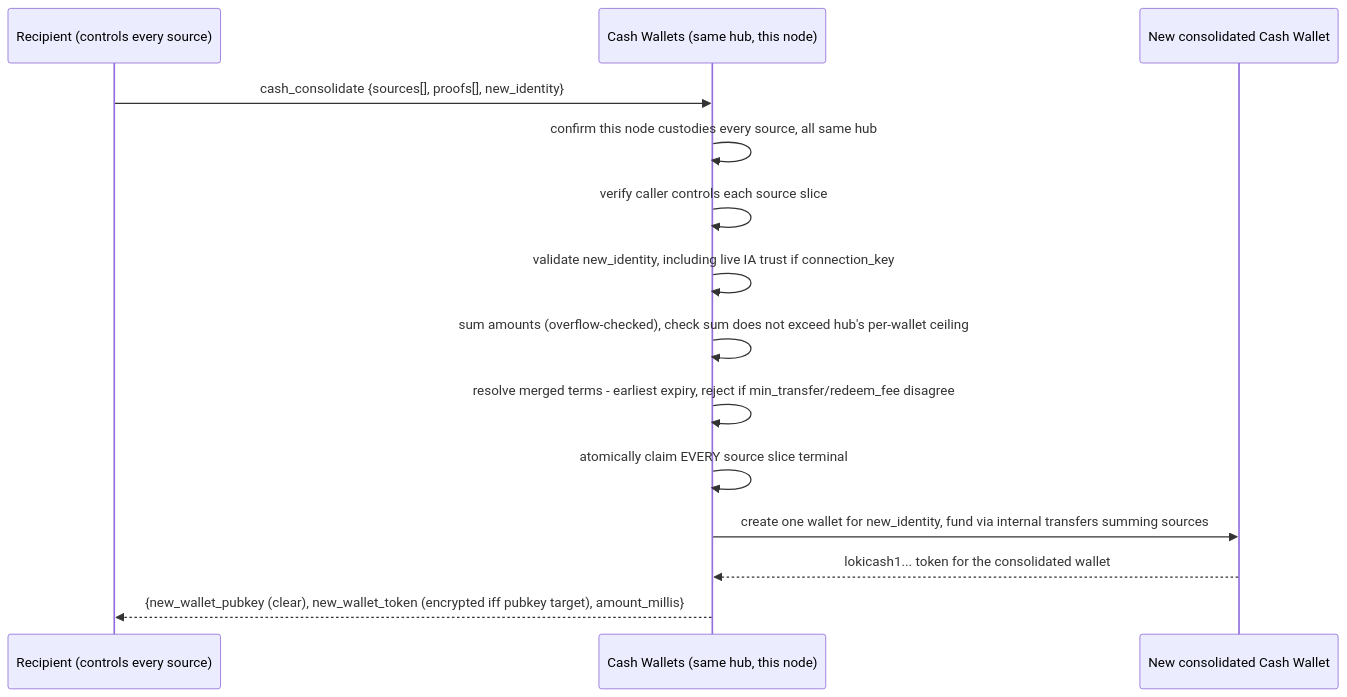
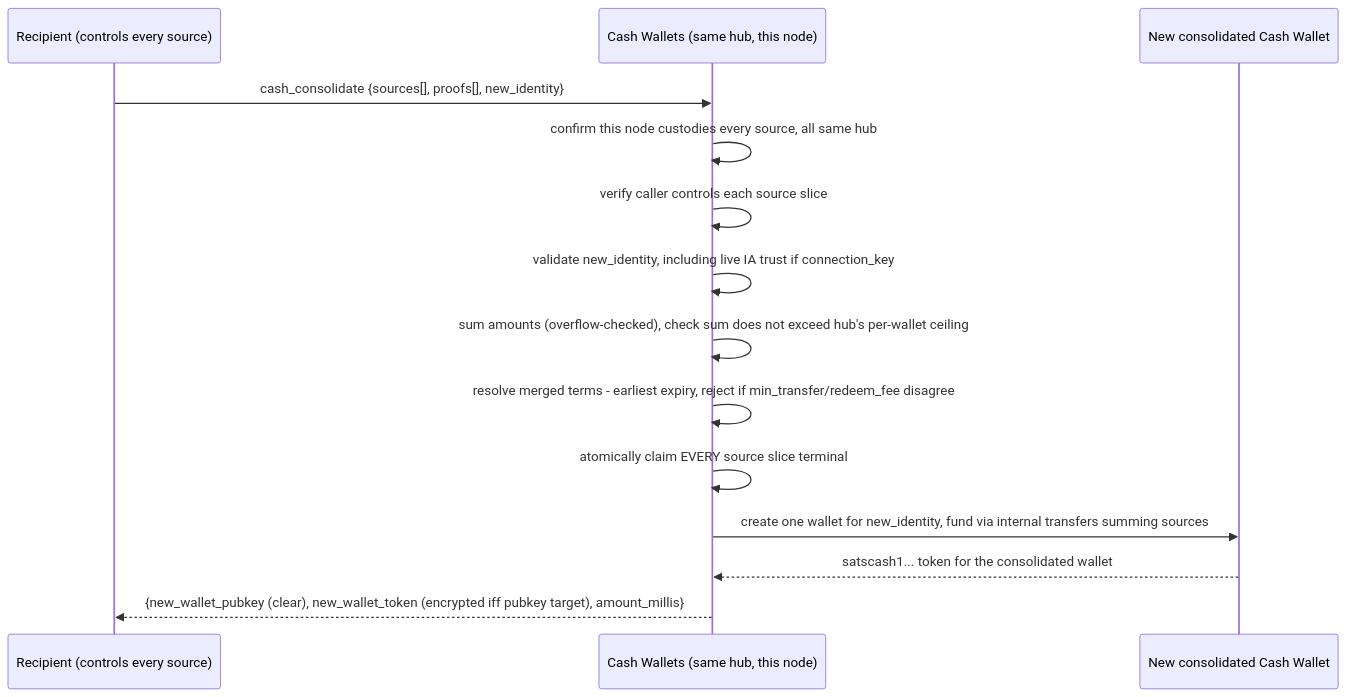
The sixth of 8 diagrams in NIP-CASH.md (ohstr/nips), drawn with Mermaid before and after one commit. The commit also changed other lines of this file, not shown here.

Commit message:
docs(nip-cash): note other signing prefixes, use satscash in touched examples (#31)

````diff
--- a/NIP-CASH.md
+++ b/NIP-CASH.md
@@ -1090,17 +1090,17 @@
 ```mermaid
 sequenceDiagram
     participant Caller as Recipient (controls every source)
     participant Node as Cash Wallets (same hub, this node)
     participant New as New consolidated Cash Wallet
 
     Caller->>Node: cash_consolidate {sources[], proofs[], new_identity}
     Node->>Node: confirm this node custodies every source, all same hub
     Node->>Node: verify caller controls each source slice
     Node->>Node: validate new_identity, including live IA trust if connection_key
     Node->>Node: sum amounts (overflow-checked), check sum does not exceed hub's per-wallet ceiling
     Node->>Node: resolve merged terms - earliest expiry, reject if min_transfer/redeem_fee disagree
     Node->>Node: atomically claim EVERY source slice terminal
     Node->>New: create one wallet for new_identity, fund via internal transfers summing sources
-    New-->>Node: lokicash1... token for the consolidated wallet
+    New-->>Node: satscash1... token for the consolidated wallet
     Node-->>Caller: {new_wallet_pubkey (clear), new_wallet_token (encrypted iff pubkey target), amount_millis}
 ```
````
